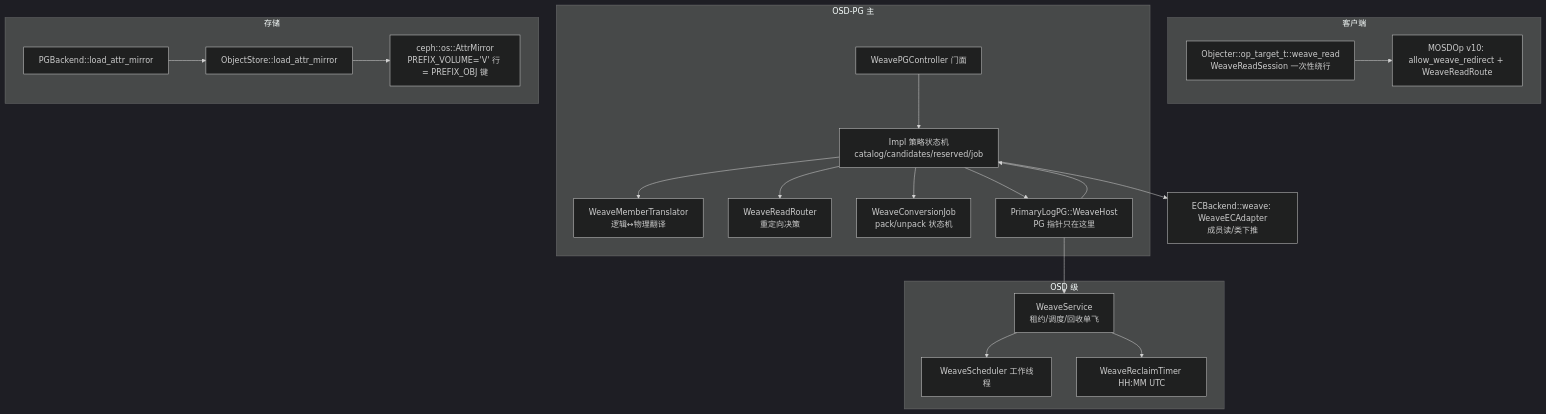
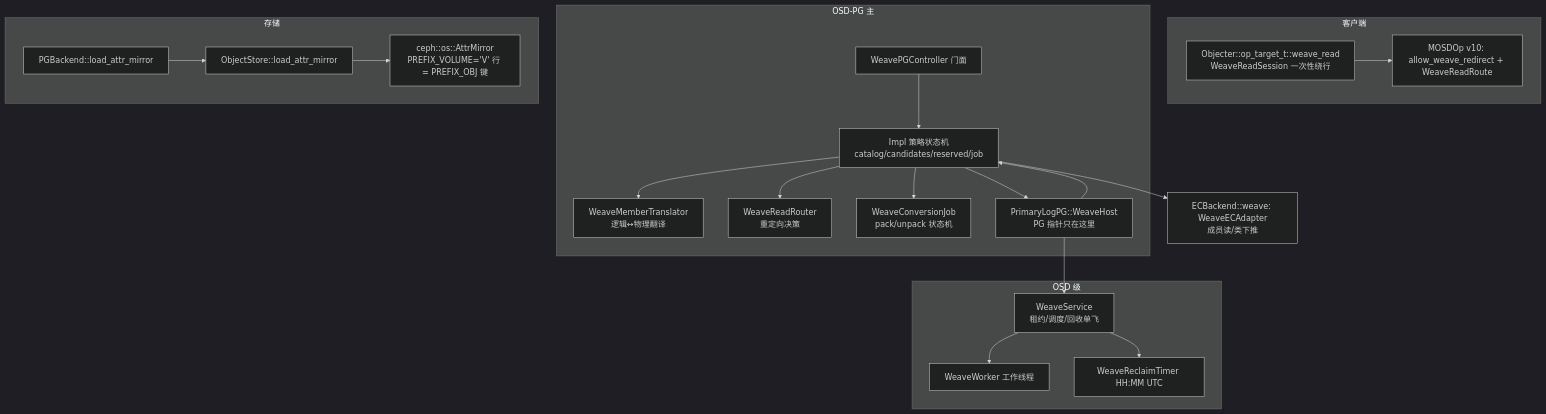
Before and after one commit to CephEC/ceph: the first of 3 diagrams in doc/dev/osd_internals/weave_code_map.md, drawn with Mermaid (dark theme). The commit also changed other lines of this file and 7 other files, not shown here.

First line of the commit message:
osd/weave: name the background executor WeaveWorker

````diff
--- a/doc/dev/osd_internals/weave_code_map.md
+++ b/doc/dev/osd_internals/weave_code_map.md
@@ -22,24 +22,24 @@
 ```mermaid
 graph TB
   subgraph 客户端
     O[Objecter::op_target_t::weave_read<br/>WeaveReadSession 一次性绕行] --> M[MOSDOp v10: allow_weave_redirect + WeaveReadRoute]
   end
   subgraph OSD-PG 主
     C[WeavePGController 门面] --> I[Impl 策略状态机<br/>catalog/candidates/reserved/job]
     I --> T[WeaveMemberTranslator<br/>逻辑↔物理翻译]
     I --> R[WeaveReadRouter<br/>重定向决策]
     I --> J[WeaveConversionJob<br/>pack/unpack 状态机]
     H[PrimaryLogPG::WeaveHost<br/>PG 指针只在这里] --> I
   end
   subgraph OSD 级
-    S[WeaveService<br/>租约/调度/回收单飞] --> SC[WeaveScheduler 工作线程]
+    S[WeaveService<br/>租约/调度/回收单飞] --> SC[WeaveWorker 工作线程]
     S --> RT[WeaveReclaimTimer HH:MM UTC]
   end
   subgraph 存储
     P[PGBackend::load_attr_mirror] --> OS[ObjectStore::load_attr_mirror]
     OS --> AM[ceph::os::AttrMirror<br/>PREFIX_VOLUME='V' 行 = PREFIX_OBJ 键]
   end
   I --> H
   H --> S
   I --> EC[ECBackend::weave: WeaveECAdapter<br/>成员读/类下推]
 ```
````
